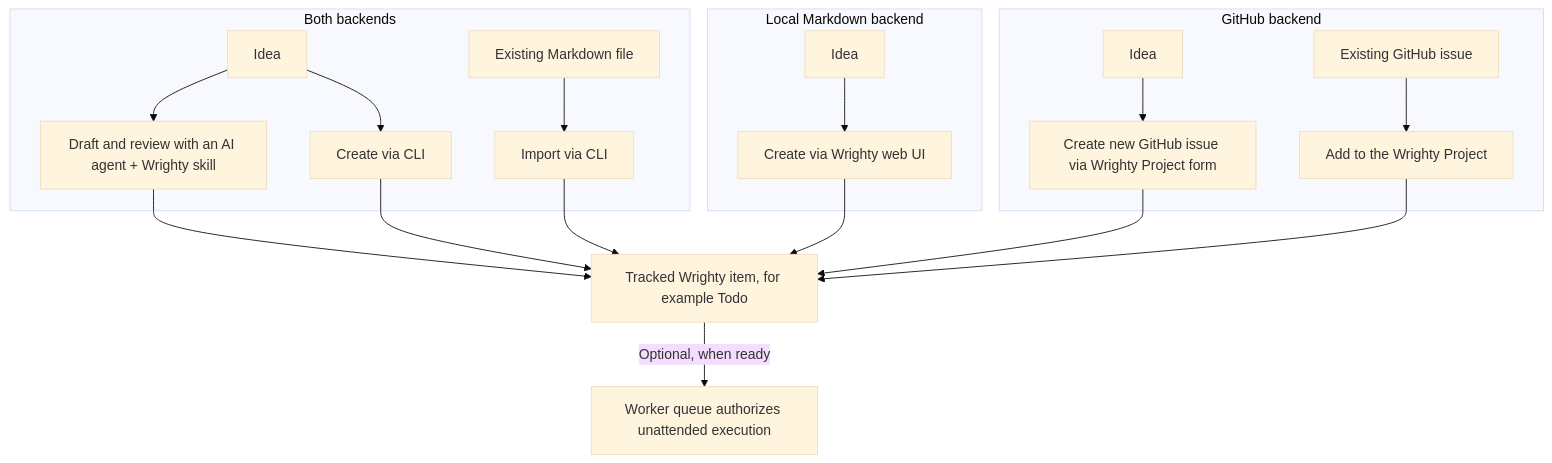
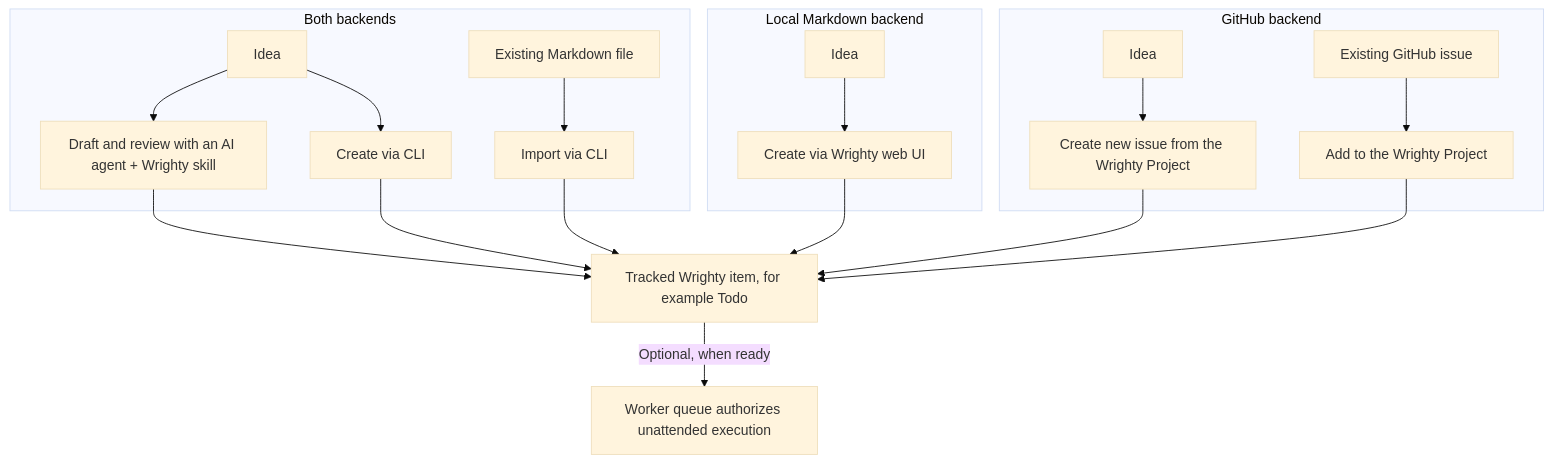
The first of 2 diagrams in README.md (highbyte/wrighty), drawn with Mermaid (base theme) before and after one commit. The commit also changed other lines of this file and 14 other files, not shown here.

````diff
--- a/README.md
+++ b/README.md
@@ -121,25 +136,25 @@
 ```mermaid
 flowchart TB
     subgraph Both["Both backends"]
         Idea["Idea"] --> Agent["Draft and review with an AI agent + Wrighty skill"]
         Idea --> CLI["Create via CLI"]
         Markdown["Existing Markdown file"] --> Import["Import via CLI"]
     end
 
     subgraph Local["Local Markdown backend"]
         LocalIdea["Idea"] --> Web["Create via Wrighty web UI"]
     end
 
     subgraph GitHub["GitHub backend"]
-        GitHubIdea["Idea"] --> Form["Create new GitHub issue via Wrighty Project form"]
+        GitHubIdea["Idea"] --> Form["Create new issue from the Wrighty Project"]
         ExistingIssue["Existing GitHub issue"] --> Add["Add to the Wrighty Project"]
     end
 
     Agent --> Item["Tracked Wrighty item, for example Todo"]
     CLI --> Item
     Import --> Item
     Web --> Item
     Form --> Item
     Add --> Item
     Item -->|Optional, when ready| Queue["Worker queue authorizes unattended execution"]
 ```
````
